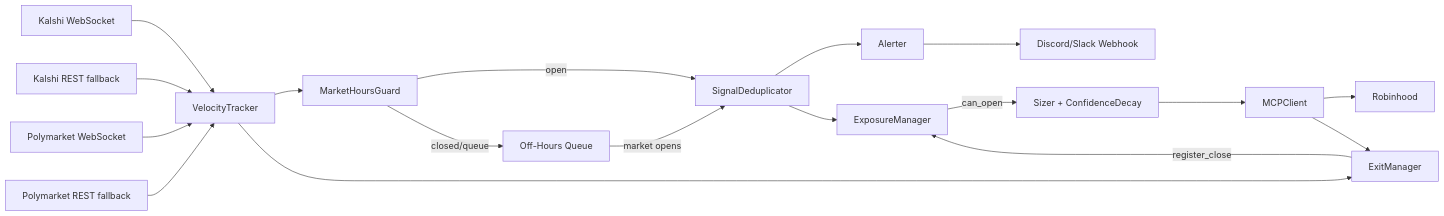
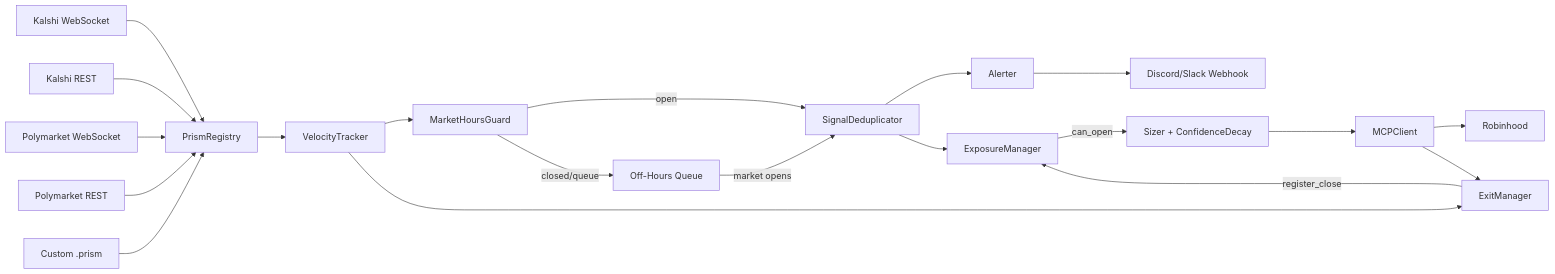
Before and after one commit to arpjw/robinhood: the diagram in README.md, drawn with Mermaid. The commit also changed other lines of this file, not shown here.

````diff
--- a/README.md
+++ b/README.md
@@ -168,20 +89,22 @@
 ```mermaid
 flowchart LR
-    KW[Kalshi WebSocket] --> V[VelocityTracker]
-    KR[Kalshi REST fallback] --> V
-    PW[Polymarket WebSocket] --> V
-    PR[Polymarket REST fallback] --> V
+    KW[Kalshi WebSocket] --> REG[PrismRegistry]
+    KR[Kalshi REST] --> REG
+    PW[Polymarket WebSocket] --> REG
+    PR[Polymarket REST] --> REG
+    CC[Custom .prism] --> REG
+    REG --> V[VelocityTracker]
     V --> MH[MarketHoursGuard]
     MH -- open --> D[SignalDeduplicator]
     MH -- closed/queue --> Q[Off-Hours Queue]
     Q -- market opens --> D
     D --> A[Alerter]
     D --> EM[ExposureManager]
     EM -- can_open --> S[Sizer + ConfidenceDecay]
     S --> M[MCPClient]
     M --> R[Robinhood]
     M --> E[ExitManager]
     E -- register_close --> EM
     V --> E
     A --> WH[Discord/Slack Webhook]
 ```
````
